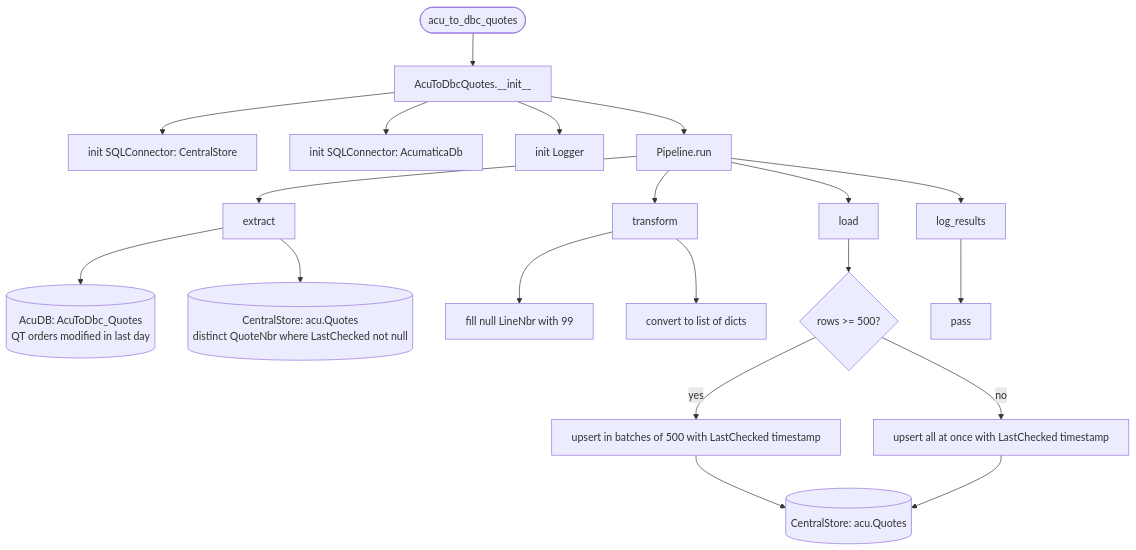
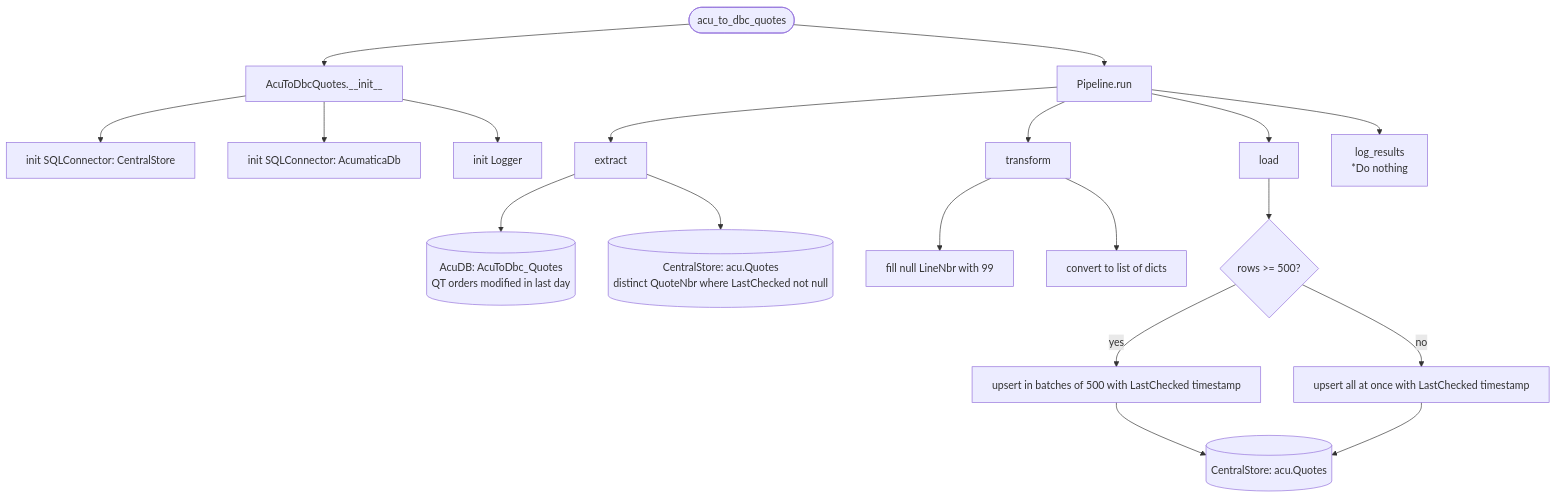
One commit to journeyhl/logistics-integration-platform changed the diagram in docs/pipelines/acu_to_dbc_quotes.md. Above: the diagram before and after it, drawn with Mermaid. The commit also changed 20 other files, not shown here.

````diff
--- a/docs/pipelines/acu_to_dbc_quotes.md
+++ b/docs/pipelines/acu_to_dbc_quotes.md
@@ -1,27 +1,27 @@
 ```mermaid
 %%{init: {"flowchart": {"wrappingWidth": 400}}}%%
 flowchart TD
     A([acu_to_dbc_quotes]) --> B[AcuToDbcQuotes.__init__]
     B --> B1[init SQLConnector: CentralStore]
     B --> B2[init SQLConnector: AcumaticaDb]
     B --> B3[init Logger]
-    B --> RUN[Pipeline.run]
+    
+    A--> RUN[Pipeline.run]
 
     RUN --> EX[extract]
     EX --> D1[(AcuDB: AcuToDbc_Quotes<br/>QT orders modified in last day)]
     EX --> D2[(CentralStore: acu.Quotes<br/>distinct QuoteNbr where LastChecked not null)]
 
     RUN --> TR[transform]
     TR --> T1[fill null LineNbr with 99]
     TR --> T2[convert to list of dicts]
 
     RUN --> LD[load]
     LD --> L1{rows >= 500?}
     L1 -->|yes| L2[upsert in batches of 500 with LastChecked timestamp]
     L1 -->|no| L3[upsert all at once with LastChecked timestamp]
     L2 --> CS1[(CentralStore: acu.Quotes)]
     L3 --> CS1
 
-    RUN --> LR[log_results]
-    LR --> LO[pass]
+    RUN --> LR[log_results<br/>*Do nothing]
 ```
````
